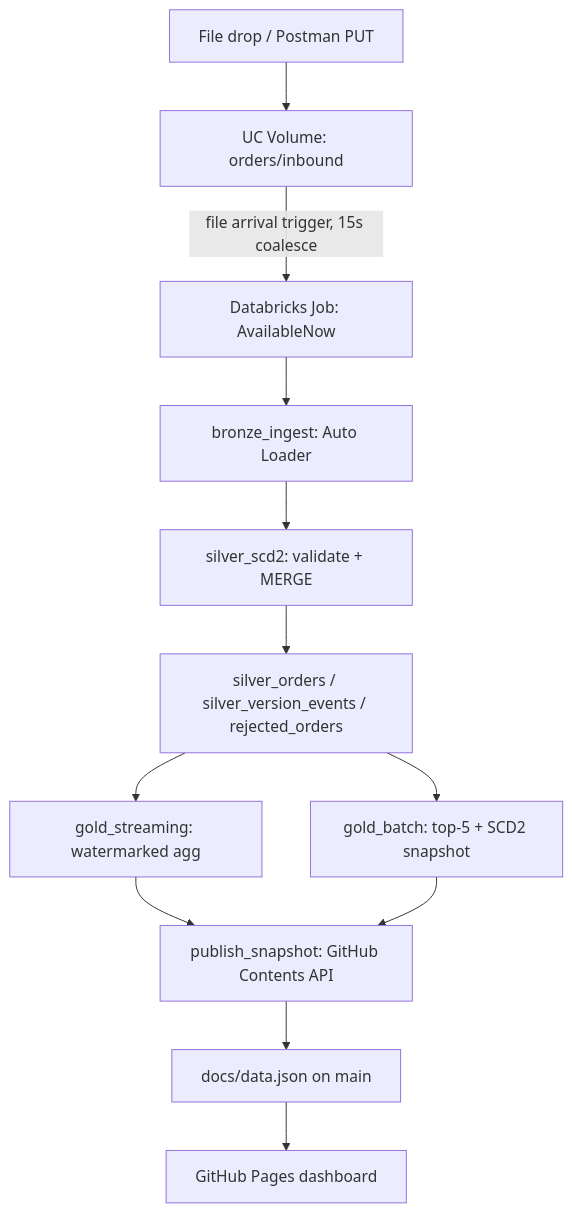
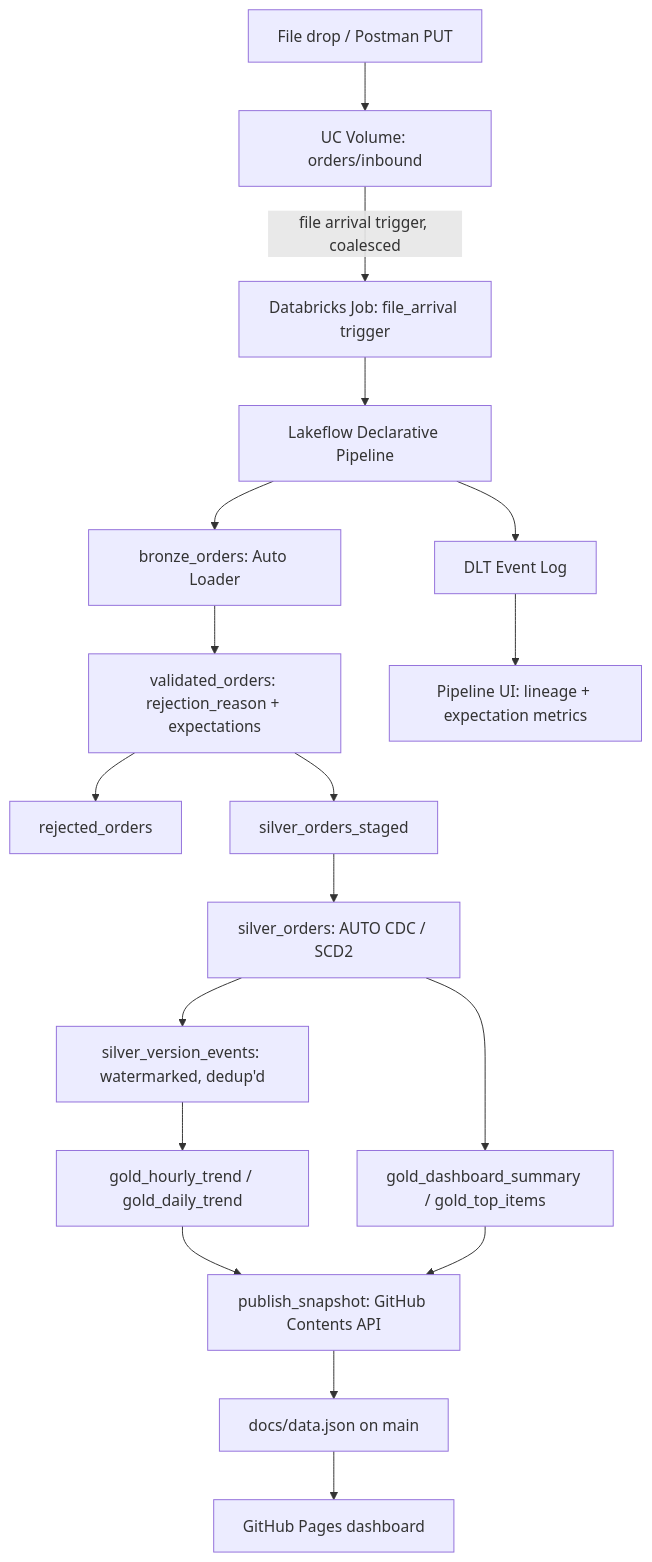
The diagram in README.md (Aintareal/pipeline-showcase), drawn with Mermaid before and after one commit. The commit also changed other lines of this file, not shown here.

First line of the commit message:
Overhaul README for V2: DLT architecture, two-implementations story, engineering narrative

````diff
--- a/README.md
+++ b/README.md
@@ -7,14 +29,20 @@
 ```mermaid
 graph TD
   A[File drop / Postman PUT] --> B[UC Volume: orders/inbound]
-  B -->|file arrival trigger, 15s coalesce| C[Databricks Job: AvailableNow]
-  C --> D[bronze_ingest: Auto Loader]
-  D --> E[silver_scd2: validate + MERGE]
-  E --> F[silver_orders / silver_version_events / rejected_orders]
-  F --> G[gold_streaming: watermarked agg]
-  F --> H[gold_batch: top-5 + SCD2 snapshot]
-  G --> I[publish_snapshot: GitHub Contents API]
-  H --> I
-  I --> J[docs/data.json on main]
-  J --> K[GitHub Pages dashboard]
+  B -->|file arrival trigger, coalesced| C[Databricks Job: file_arrival trigger]
+  C --> D[Lakeflow Declarative Pipeline]
+  D --> E[bronze_orders: Auto Loader]
+  E --> F[validated_orders: rejection_reason + expectations]
+  F --> G[rejected_orders]
+  F --> H[silver_orders_staged]
+  H --> I[silver_orders: AUTO CDC / SCD2]
+  I --> J[silver_version_events: watermarked, dedup'd]
+  J --> K[gold_hourly_trend / gold_daily_trend]
+  I --> L[gold_dashboard_summary / gold_top_items]
+  D --> M[DLT Event Log]
+  K --> N[publish_snapshot: GitHub Contents API]
+  L --> N
+  N --> O[docs/data.json on main]
+  O --> P[GitHub Pages dashboard]
+  M --> Q[Pipeline UI: lineage + expectation metrics]
 ```
````
